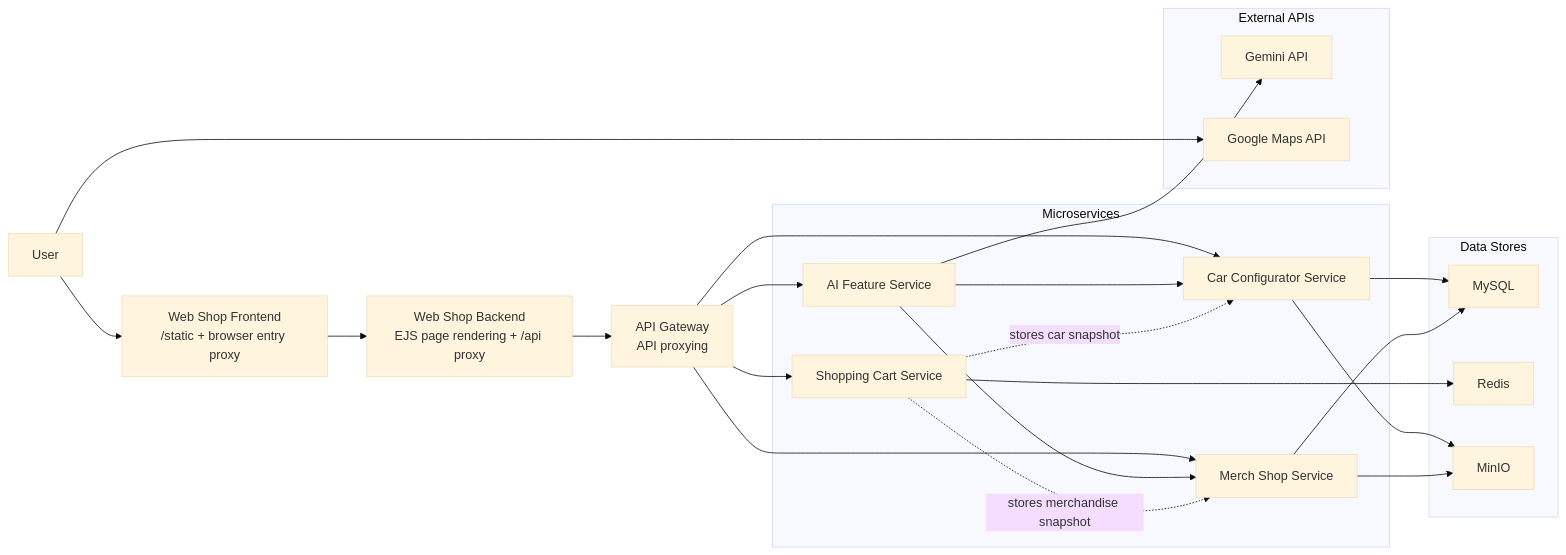
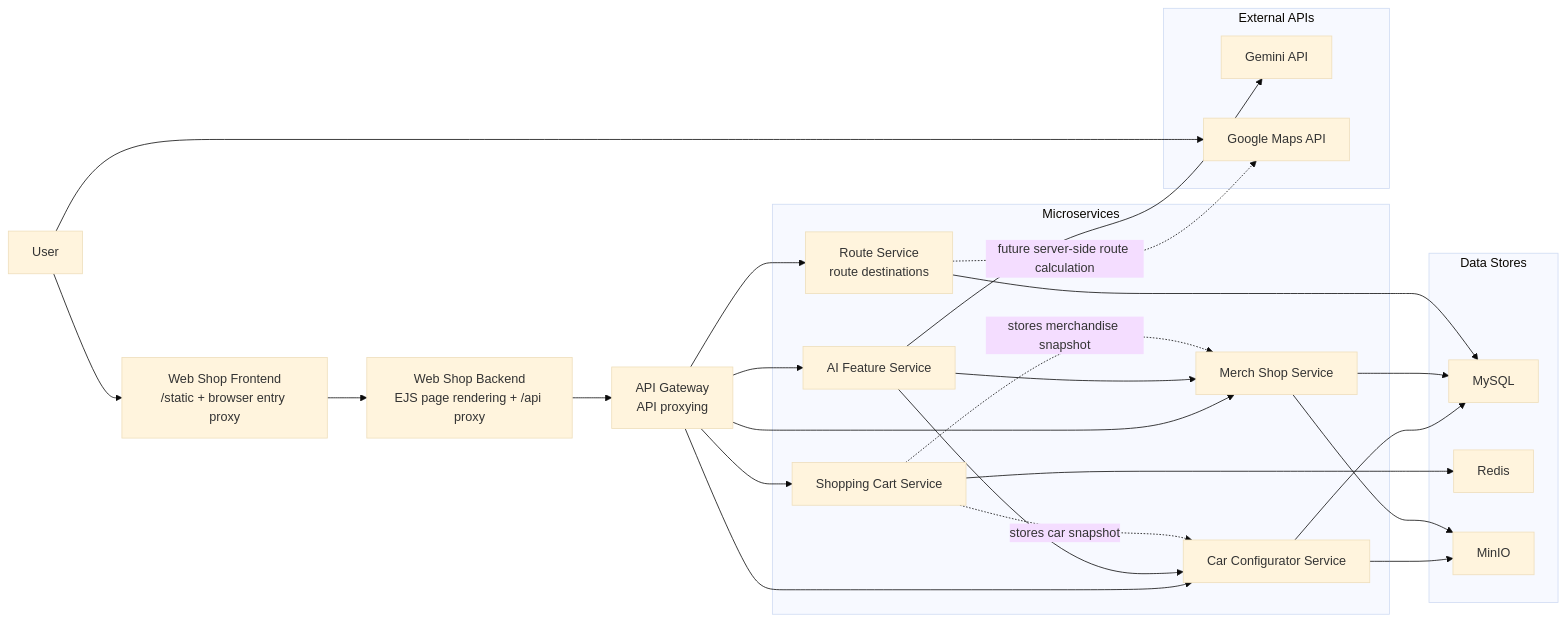
One commit to CloudBasedWebApplication/bmw changed the diagram in docs/diagrams/architecture.mmd. Above: the diagram before and after it, drawn with Mermaid (base theme). The commit also changed 19 other files, not shown here.

First line of the commit message:
feat(route): add route service boundary

```diff
--- a/docs/diagrams/architecture.mmd
+++ b/docs/diagrams/architecture.mmd
@@ -1,49 +1,54 @@
 flowchart LR
     user["User"]
     frontend["Web Shop Frontend\n/static + browser entry proxy"]
     backendPresentation["Web Shop Backend\nEJS page rendering + /api proxy"]
     gateway["API Gateway\nAPI proxying"]
 
     subgraph backend["Microservices"]
         configurator["Car Configurator Service"]
         merchandise["Merch Shop Service"]
         ai["AI Feature Service"]
         cart["Shopping Cart Service"]
+        route["Route Service\nroute destinations"]
     end
 
     subgraph data["Data Stores"]
         mysql["MySQL"]
         redis["Redis"]
         minio["MinIO"]
     end
 
     subgraph external["External APIs"]
         gemini["Gemini API"]
         googlemaps["Google Maps API"]
     end
 
     user --> frontend
     frontend --> backendPresentation
     backendPresentation --> gateway
 
     gateway --> configurator
     gateway --> merchandise
     gateway --> ai
     gateway --> cart
+    gateway --> route
 
     user --> googlemaps
 
     configurator --> mysql
     configurator --> minio
 
     merchandise --> mysql
     merchandise --> minio
 
     ai --> gemini
     ai --> configurator
     ai --> merchandise
 
     cart --> redis
+    route --> mysql
+
+    route -. "future server-side route calculation" .-> googlemaps
 
     cart -. "stores car snapshot" .-> configurator
     cart -. "stores merchandise snapshot" .-> merchandise
```
